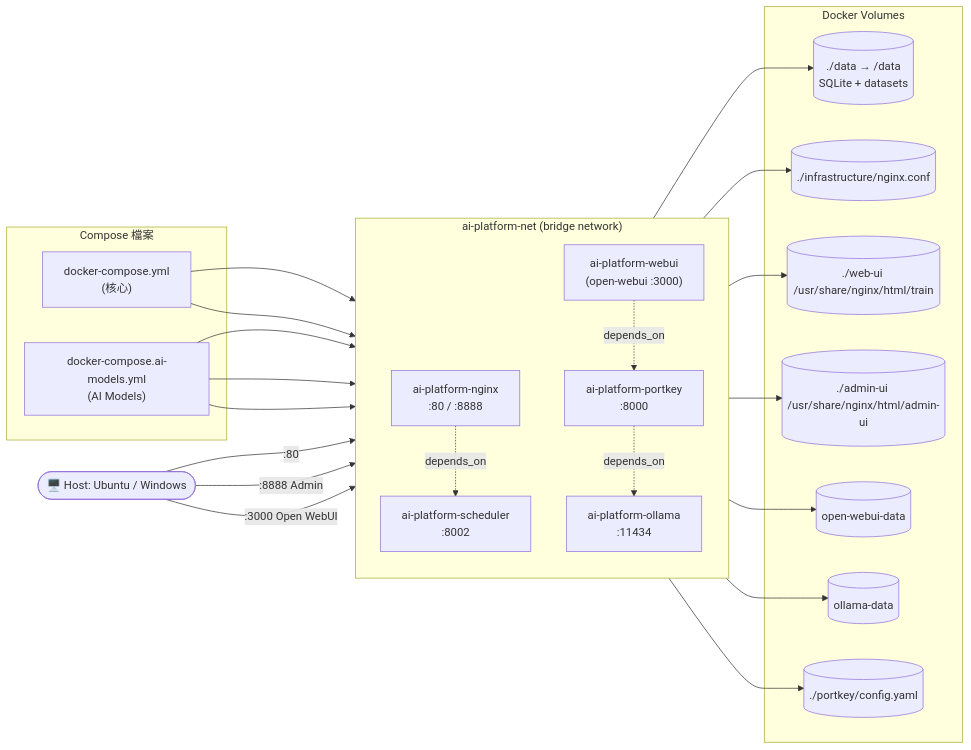
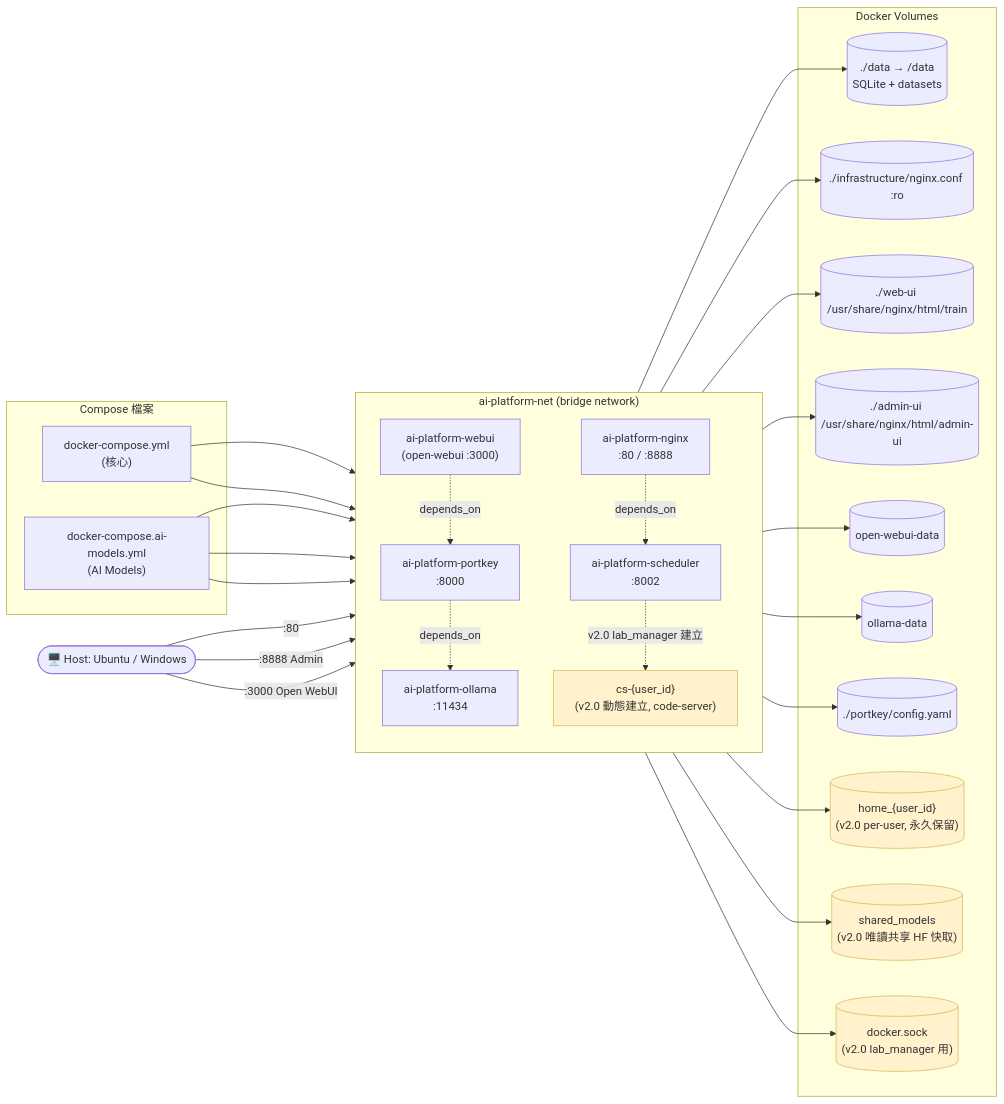
Before and after one commit to Lazywah/MingChuan-library-testing-projects: the third of 12 diagrams in docs/diagrams/ARCHITECTURE-MERMAID.md, drawn with Mermaid. The commit also changed other lines of this file and 3 other files, not shown here.

First line of the commit message:
文件: 更新 mermaid 架構圖與 00/README 反映 v2.1 SSO OIDC 與 v2.0 Lab

````diff
--- a/docs/diagrams/ARCHITECTURE-MERMAID.md
+++ b/docs/diagrams/ARCHITECTURE-MERMAID.md
@@ -133,48 +146,59 @@
 ```mermaid
 flowchart LR
     subgraph Net["ai-platform-net (bridge network)"]
         direction TB
         N1["ai-platform-nginx<br/>:80 / :8888"]
         N2["ai-platform-scheduler<br/>:8002"]
         N3["ai-platform-portkey<br/>:8000"]
         N4["ai-platform-ollama<br/>:11434"]
         N5["ai-platform-webui<br/>(open-webui :3000)"]
+        N6["cs-{user_id}<br/>(v2.0 動態建立, code-server)"]
     end
 
     subgraph Vols["Docker Volumes"]
         V1[("./data → /data<br/>SQLite + datasets")]
-        V2[("./infrastructure/nginx.conf")]
+        V2[("./infrastructure/nginx.conf :ro")]
         V3[("./web-ui /usr/share/nginx/html/train")]
         V4[("./admin-ui /usr/share/nginx/html/admin-ui")]
         V5[("open-webui-data")]
         V6[("ollama-data")]
         V7[("./portkey/config.yaml")]
+        V8[("home_{user_id}<br/>(v2.0 per-user, 永久保留)")]
+        V9[("shared_models<br/>(v2.0 唯讀共享 HF 快取)")]
+        V10[("docker.sock<br/>(v2.0 lab_manager 用)")]
     end
 
     subgraph Compose["Compose 檔案"]
         C1["docker-compose.yml<br/>(核心)"]
         C2["docker-compose.ai-models.yml<br/>(AI Models)"]
     end
 
     C1 --> N1
     C1 --> N2
     C2 --> N3
     C2 --> N4
     C2 --> N5
 
     N1 --> V2
     N1 --> V3
     N1 --> V4
     N2 --> V1
+    N2 --> V10
     N5 --> V5
     N4 --> V6
     N3 --> V7
+    N6 --> V8
+    N6 --> V9
 
     N1 -. "depends_on" .-> N2
     N5 -. "depends_on" .-> N3
     N3 -. "depends_on" .-> N4
+    N2 -. "v2.0 lab_manager 建立" .-> N6
 
     Host(["🖥️ Host: Ubuntu / Windows"]) -->|":80"| N1
     Host -->|":8888 Admin"| N1
     Host -->|":3000 Open WebUI"| N5
+
+    classDef v2 fill:#fff2cc,stroke:#d6b656
+    class N6,V8,V9,V10 v2
 ```
````
